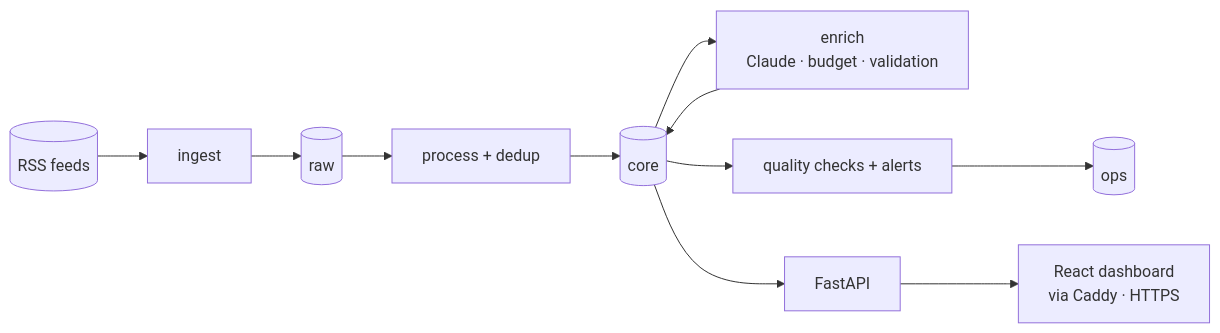
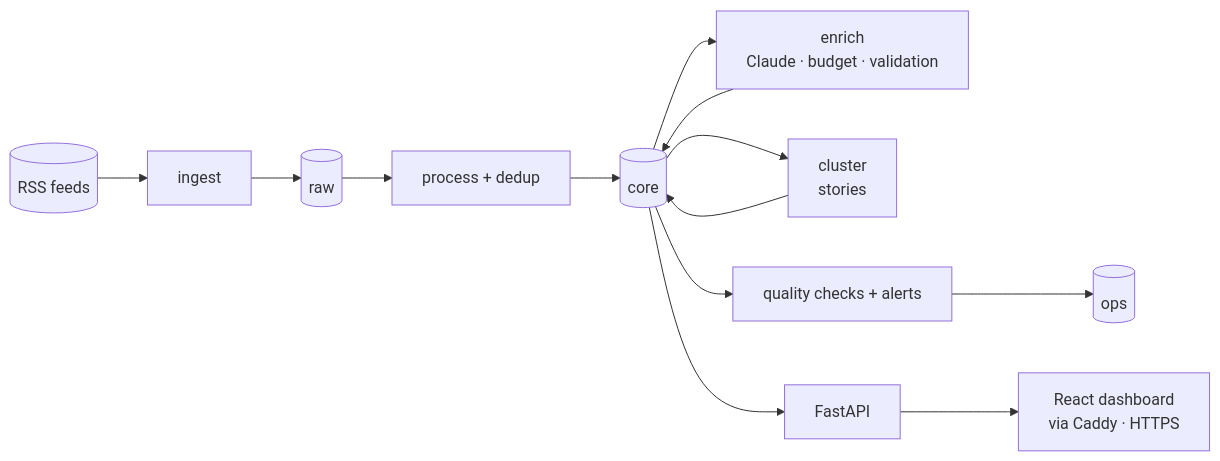
The diagram in README.md (FlorentLatifi/Gjurm-), drawn with Mermaid before and after one commit. The commit also changed other lines of this file and 13 other files, not shown here.

````diff
--- a/README.md
+++ b/README.md
@@ -20,7 +26,8 @@
 ```mermaid
 flowchart LR
     FEEDS[(RSS feeds)] --> ING[ingest] --> RAW[(raw)] --> PROC[process + dedup] --> CORE[(core)]
     CORE --> ENR[enrich<br/>Claude · budget · validation] --> CORE
+    CORE --> CLU[cluster<br/>stories] --> CORE
     CORE --> DQ[quality checks + alerts] --> OPS[(ops)]
     CORE --> API[FastAPI] --> WEB[React dashboard<br/>via Caddy · HTTPS]
 ```
````
